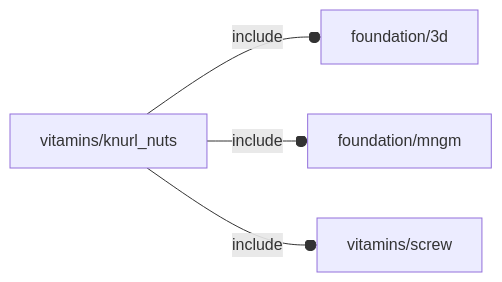
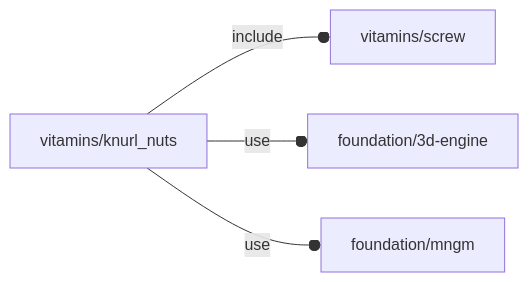
The diagram in orthodocs/vitamins/knurl_nuts.md (ggabbiani/OFL), drawn with Mermaid before and after one commit. The commit also changed 74 other files, not shown here.

````diff
--- a/orthodocs/vitamins/knurl_nuts.md
+++ b/orthodocs/vitamins/knurl_nuts.md
@@ -5,6 +5,6 @@
 ```mermaid
 graph LR
-    A1[vitamins/knurl_nuts] --o|include| A2[foundation/3d]
-    A1 --o|include| A3[foundation/mngm]
-    A1 --o|include| A4[vitamins/screw]
+    A1[vitamins/knurl_nuts] --o|include| A2[vitamins/screw]
+    A1 --o|use| A3[foundation/3d-engine]
+    A1 --o|use| A4[foundation/mngm]
 ```
````
